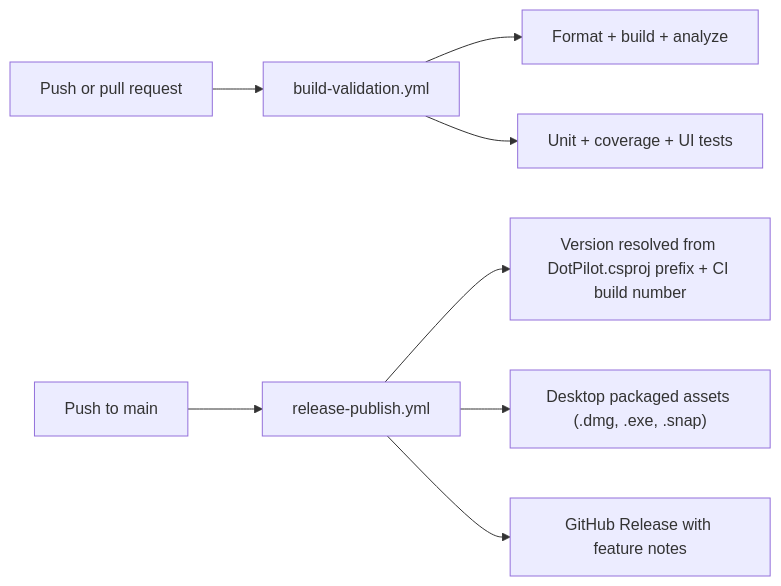
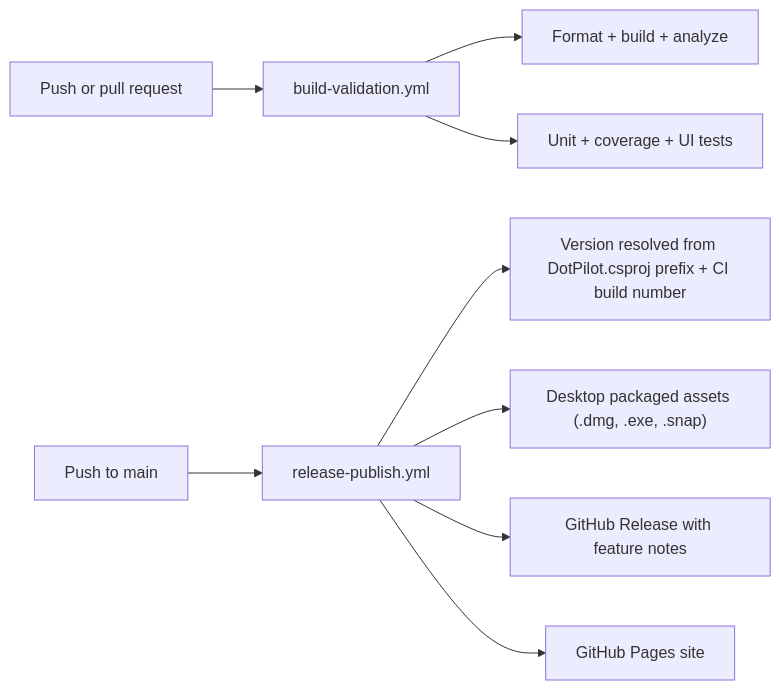
Before and after one commit to managedcode/dotPilot: the diagram in docs/ADR/ADR-0002-split-github-actions-build-and-release.md, drawn with Mermaid. The commit also changed other lines of this file and 5 other files, not shown here.

````diff
--- a/docs/ADR/ADR-0002-split-github-actions-build-and-release.md
+++ b/docs/ADR/ADR-0002-split-github-actions-build-and-release.md
@@ -42,21 +43,23 @@
 ```mermaid
 flowchart LR
   Change["Push or pull request"]
   ReleaseIntent["Push to main"]
   Validation["build-validation.yml"]
   Release["release-publish.yml"]
   Quality["Format + build + analyze"]
   Tests["Unit + coverage + UI tests"]
   Version["Version resolved from DotPilot.csproj prefix + CI build number"]
   Publish["Desktop packaged assets (.dmg, .exe, .snap)"]
   GitHubRelease["GitHub Release with feature notes"]
+  Website["GitHub Pages site"]
 
   Change --> Validation
   Validation --> Quality
   Validation --> Tests
 
   ReleaseIntent --> Release
   Release --> Version
   Release --> Publish
   Release --> GitHubRelease
+  Release --> Website
 ```
````
